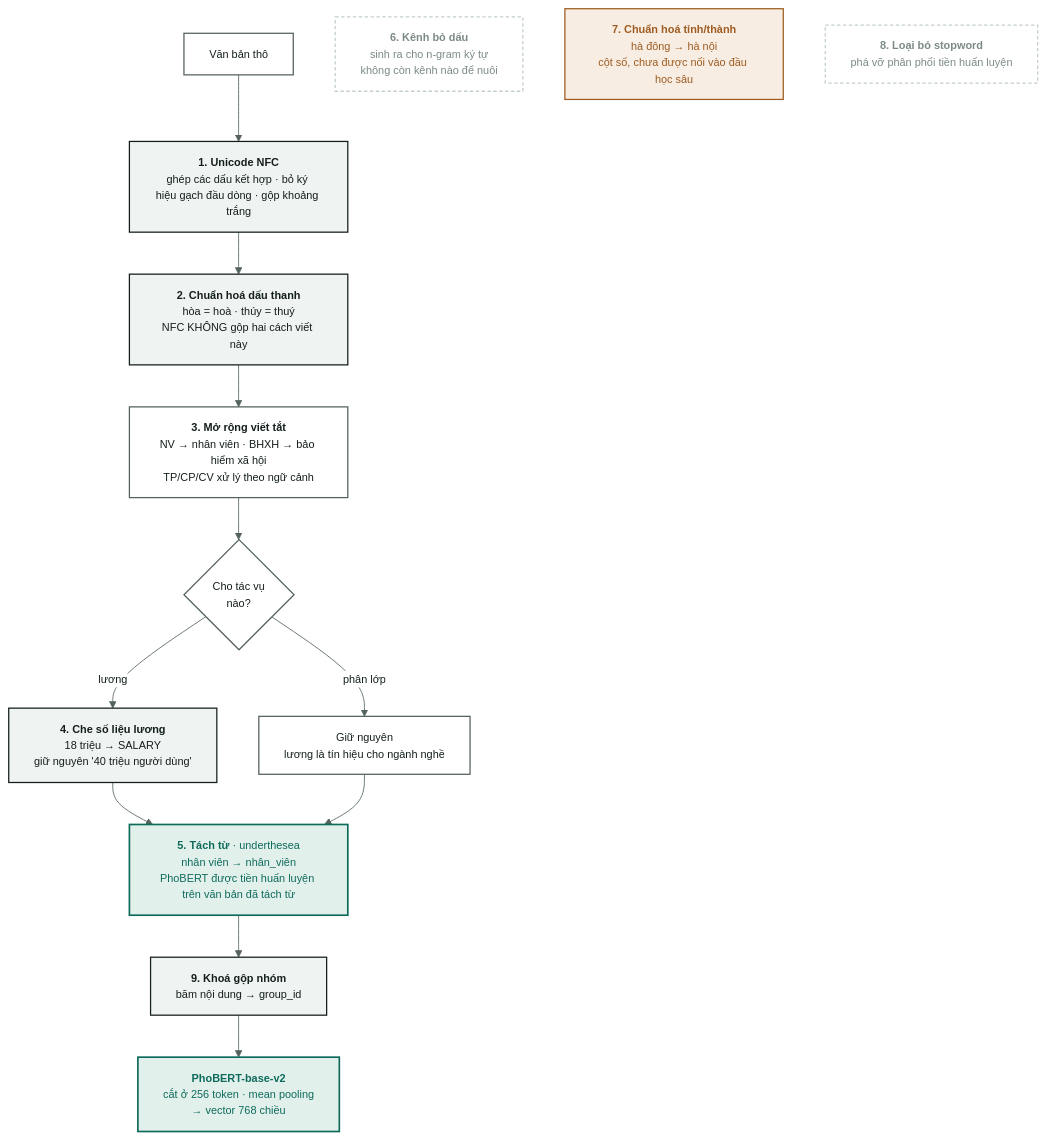
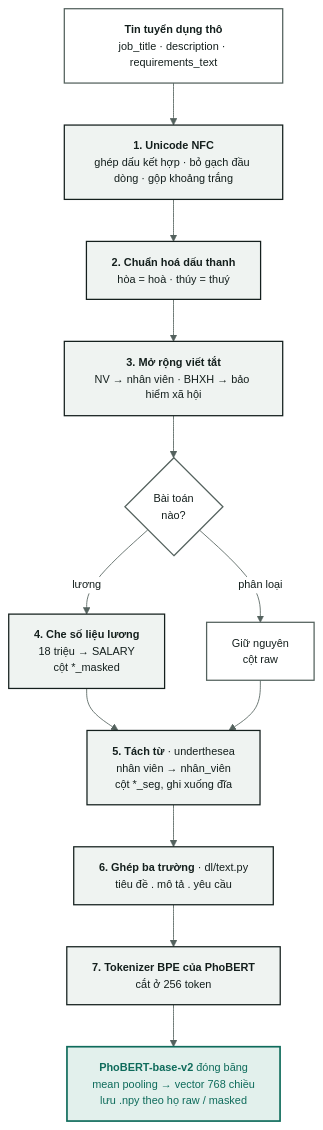
The diagram in docs/02-vietnamese-nlp.md (boy2407/vietjobs), drawn with Mermaid before and after one commit. The commit also changed other lines of this file and 50 other files, not shown here.

````diff
--- a/docs/02-vietnamese-nlp.md
+++ b/docs/02-vietnamese-nlp.md
@@ -115,42 +115,35 @@
 ```mermaid
 %%{init:{'theme':'base','themeVariables':{
   'primaryColor':'#EFF3F1','primaryTextColor':'#141F1D','primaryBorderColor':'#54625E',
   'lineColor':'#54625E','fontSize':'13px','fontFamily':'Be Vietnam Pro, Segoe UI, sans-serif',
   'clusterBkg':'#FFFFFF','clusterBorder':'#C3CFCB','edgeLabelBackground':'#FFFFFF',
   'secondaryColor':'#FFFFFF','tertiaryColor':'#FFFFFF','mainBkg':'#FFFFFF',
   'nodeTextColor':'#141F1D','titleColor':'#141F1D'}}}%%
 flowchart TD
     classDef default fill:#FFFFFF,stroke:#54625E,stroke-width:1.5px,color:#141F1D
-    IN["Văn bản thô"]
-    N1["<b>1. Unicode NFC</b><br/>ghép các dấu kết hợp · bỏ ký hiệu gạch đầu dòng · gộp khoảng trắng"]
-    N2["<b>2. Chuẩn hoá dấu thanh</b><br/>hòa = hoà · thúy = thuý<br/>NFC KHÔNG gộp hai cách viết này"]
-    N3["<b>3. Mở rộng viết tắt</b><br/>NV → nhân viên · BHXH → bảo hiểm xã hội<br/>TP/CP/CV xử lý theo ngữ cảnh"]
+    IN["<b>Tin tuyển dụng thô</b><br/>job_title · description · requirements_text"]
+    N1["<b>1. Unicode NFC</b><br/>ghép dấu kết hợp · bỏ gạch đầu dòng · gộp khoảng trắng"]
+    N2["<b>2. Chuẩn hoá dấu thanh</b><br/>hòa = hoà · thúy = thuý"]
+    N3["<b>3. Mở rộng viết tắt</b><br/>NV → nhân viên · BHXH → bảo hiểm xã hội"]
 
-    BR{"Cho tác vụ<br/>nào?"}
-    MASK["<b>4. Che số liệu lương</b><br/>18 triệu → SALARY<br/>giữ nguyên '40 triệu người dùng'"]
-    CLS["Giữ nguyên<br/>lương là tín hiệu cho ngành nghề"]
+    BR{"Bài toán<br/>nào?"}
+    MASK["<b>4. Che số liệu lương</b><br/>18 triệu → SALARY<br/>cột *_masked"]
+    CLS["Giữ nguyên<br/>cột raw"]
 
-    N4["<b>5. Tách từ</b> · underthesea<br/>nhân viên → nhân_viên<br/>PhoBERT được tiền huấn luyện trên văn bản đã tách từ"]
-    N8["<b>9. Khoá gộp nhóm</b><br/>băm nội dung → group_id"]
-    ENC["<b>PhoBERT-base-v2</b><br/>cắt ở 256 token · mean pooling<br/>→ vector 768 chiều"]
-
-    N5["<b>6. Kênh bỏ dấu</b><br/>sinh ra cho n-gram ký tự<br/>không còn kênh nào để nuôi"]
-    N6["<b>7. Chuẩn hoá tỉnh/thành</b><br/>hà đông → hà nội<br/>cột số, chưa được nối vào đầu học sâu"]
-    N7["<b>8. Loại bỏ stopword</b><br/>phá vỡ phân phối tiền huấn luyện"]
+    N5["<b>5. Tách từ</b> · underthesea<br/>nhân viên → nhân_viên<br/>cột *_seg, ghi xuống đĩa"]
+    N6["<b>6. Ghép ba trường</b> · dl/text.py<br/>tiêu đề . mô tả . yêu cầu"]
+    N7["<b>7. Tokenizer BPE của PhoBERT</b><br/>cắt ở 256 token"]
+    ENC["<b>PhoBERT-base-v2</b> đóng băng<br/>mean pooling → vector 768 chiều<br/>lưu .npy theo họ raw / masked"]
 
     IN --> N1 --> N2 --> N3 --> BR
     BR -->|"lương"| MASK
-    BR -->|"phân lớp"| CLS
-    MASK --> N4
-    CLS --> N4
-    N4 --> N8 --> ENC
+    BR -->|"phân loại"| CLS
+    MASK --> N5
+    CLS --> N5
+    N5 --> N6 --> N7 --> ENC
 
-    classDef must fill:#EFF3F1,stroke:#141F1D,stroke-width:1.5px,color:#141F1D
-    classDef keep fill:#E2F0EC,stroke:#0E6B5B,stroke-width:2px,color:#0E6B5B
-    classDef drop fill:#FFFFFF,stroke:#C3CFCB,stroke-dasharray:4 3,color:#7C8A85
-    classDef wait fill:#F8EDE2,stroke:#9E5C22,stroke-width:1.5px,color:#9E5C22
-    class N1,N2,MASK,N8 must
-    class N4,ENC keep
-    class N5,N7 drop
-    class N6 wait
+    classDef step fill:#EFF3F1,stroke:#141F1D,stroke-width:1.5px,color:#141F1D
+    classDef model fill:#E2F0EC,stroke:#0E6B5B,stroke-width:2px,color:#0E6B5B
+    class N1,N2,N3,MASK,N5,N6,N7 step
+    class ENC model
 ```
````
